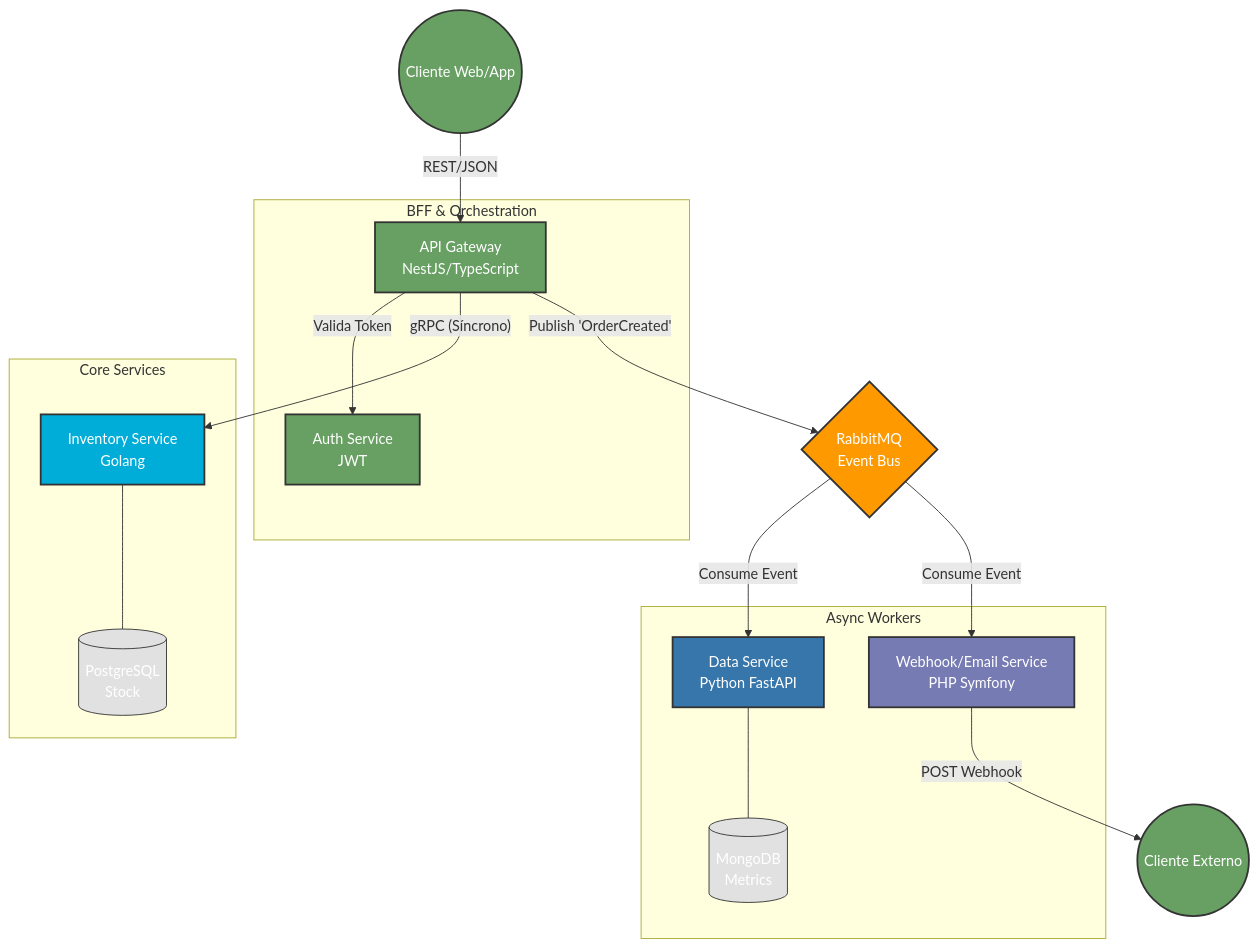
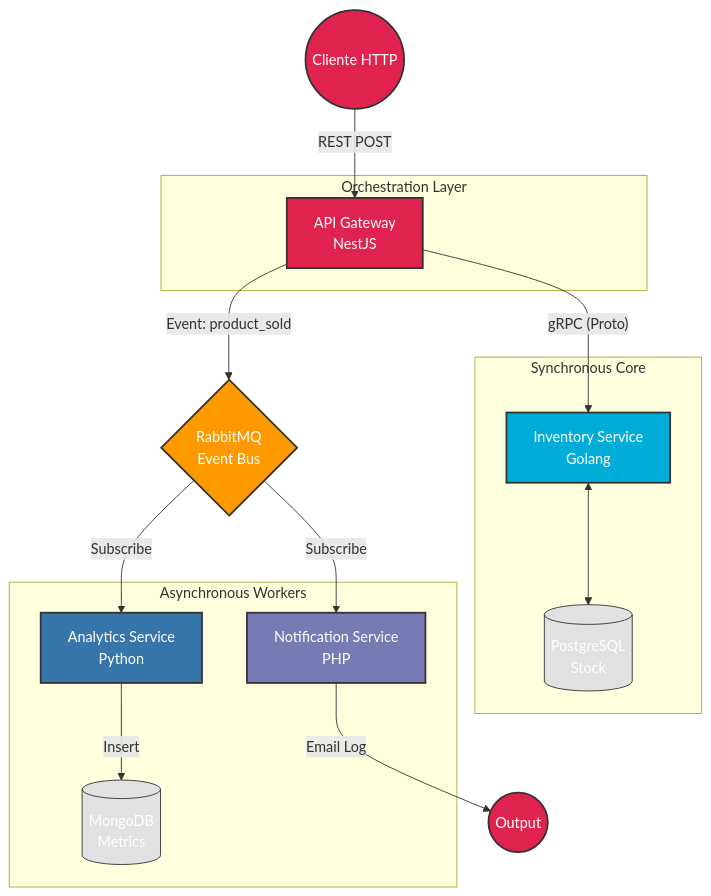
The diagram in README.md (systaxiecuador/polyglot-micro), drawn with Mermaid before and after one commit. The commit also changed other lines of this file and 37 other files, not shown here.

````diff
--- a/README.md
+++ b/README.md
@@ -30,44 +36,42 @@
 ```mermaid
 graph TD
     %% Estilos
     classDef go fill:#00ADD8,stroke:#333,stroke-width:2px,color:white;
     classDef python fill:#3776AB,stroke:#333,stroke-width:2px,color:white;
-    classDef node fill:#68A063,stroke:#333,stroke-width:2px,color:white;
+    classDef node fill:#E0234E,stroke:#333,stroke-width:2px,color:white;
     classDef php fill:#777BB4,stroke:#333,stroke-width:2px,color:white;
     classDef db fill:#e1e1e1,stroke:#333,stroke-width:1px;
     classDef msg fill:#ff9900,stroke:#333,stroke-width:2px,color:white;
 
-    User((Cliente Web/App)) -- REST/JSON --> Gateway
+    User((Cliente HTTP)) -- REST POST --> Gateway
 
-    subgraph "BFF & Orchestration"
-        Gateway[API Gateway <br/> NestJS/TypeScript]:::node
-        Auth[Auth Service <br/> JWT]:::node
+    subgraph "Orchestration Layer"
+        Gateway[API Gateway <br/> NestJS]:::node
     end
 
-    subgraph "Core Services"
+    subgraph "Synchronous Core"
         Inventory[Inventory Service <br/> Golang]:::go
         InvDB[(PostgreSQL <br/> Stock)]:::db
     end
 
-    subgraph "Async Workers"
-        Analytics[Data Service <br/> Python FastAPI]:::python
+    subgraph "Asynchronous Workers"
+        Analytics[Analytics Service <br/> Python]:::python
         AnaDB[(MongoDB <br/> Metrics)]:::db
-        Notif[Webhook/Email Service <br/> PHP Symfony]:::php
+        Notif[Notification Service <br/> PHP]:::php
     end
 
     %% Infraestructura
     Queue{RabbitMQ <br/> Event Bus}:::msg
 
     %% Relaciones
-    Gateway -- Valida Token --> Auth
-    Gateway -- gRPC (Síncrono) --> Inventory
-    Inventory --- InvDB
+    Gateway -- "gRPC (Proto)" --> Inventory
+    Inventory <--> InvDB
     
-    Gateway -- Publish 'OrderCreated' --> Queue
+    Gateway -- "Event: product_sold" --> Queue
     
-    Queue -- Consume Event --> Analytics
-    Analytics --- AnaDB
+    Queue -- Subscribe --> Analytics
+    Analytics -- Insert --> AnaDB
     
-    Queue -- Consume Event --> Notif
-    Notif -- POST Webhook --> External((Cliente Externo))
+    Queue -- Subscribe --> Notif
+    Notif -- "Email Log" --> Console((Output))
 ```
````
